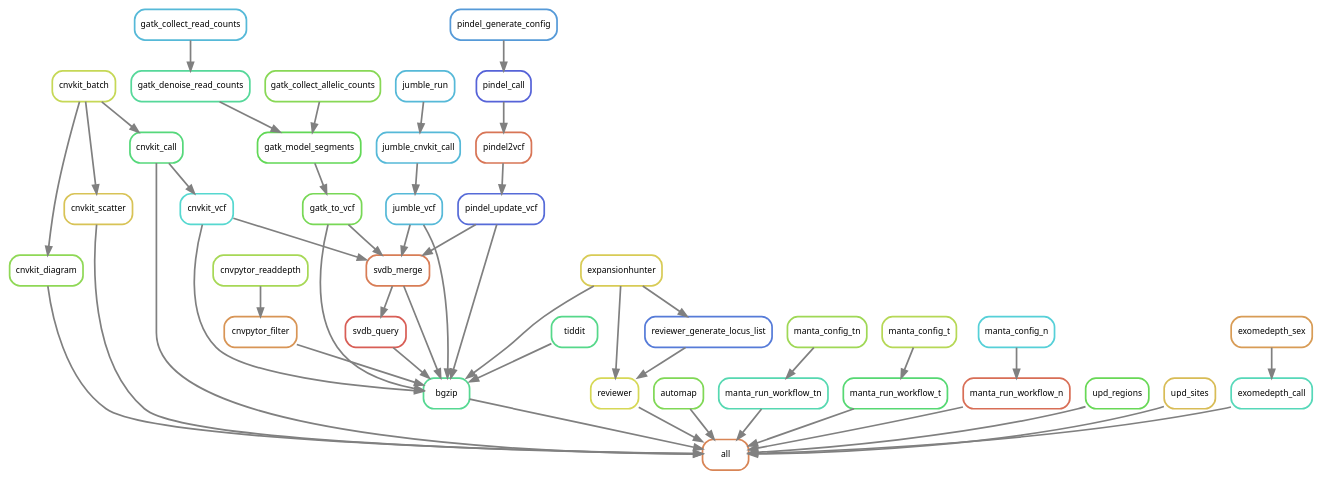
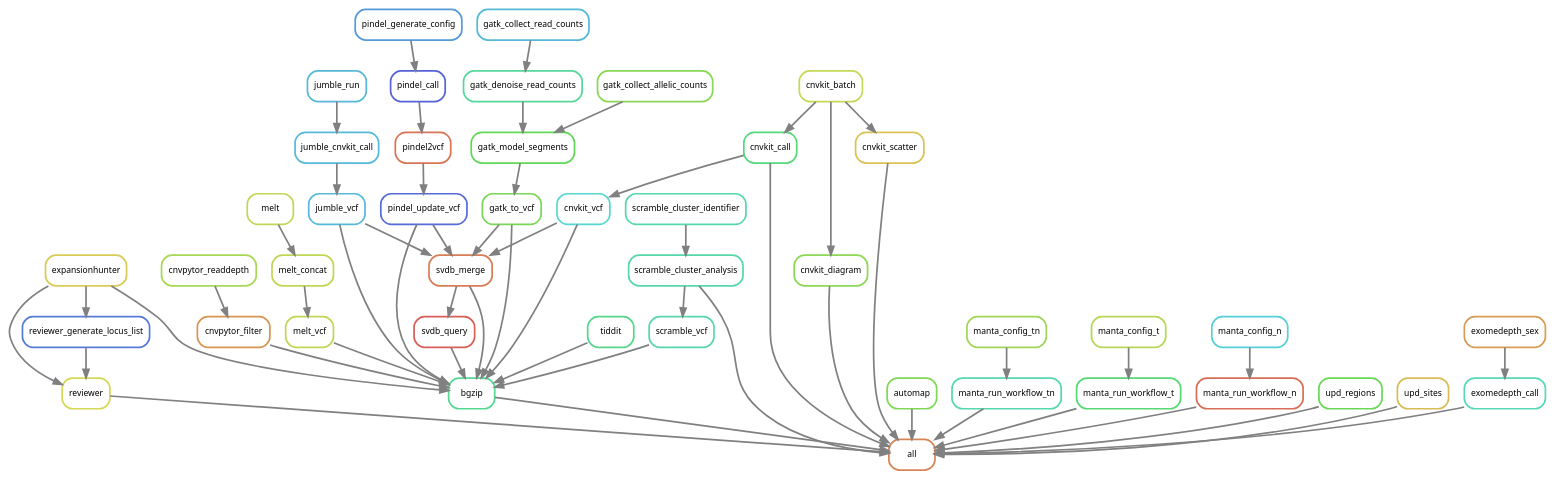
One commit to hydra-genetics/cnv_sv changed the diagram in docs/images/cnv_sv.dot. Above: the diagram before and after it, drawn with Graphviz. The commit also changed 12 other files, not shown here.

Commit message:
feat: add  melt vcf post-processing

```diff
--- a/docs/images/cnv_sv.dot
+++ b/docs/images/cnv_sv.dot
@@ -1,90 +1,103 @@
 digraph snakemake_dag {
     graph[bgcolor=white, margin=0];
     node[shape=box, style=rounded, fontname=sans,                 fontsize=10, penwidth=2];
     edge[penwidth=2, color=grey];
 	0[label = "all", color = "0.06 0.6 0.85", style="rounded"];
 	1[label = "cnvkit_call", color = "0.38 0.6 0.85", style="rounded"];
 	2[label = "cnvkit_batch", color = "0.19 0.6 0.85", style="rounded"];
 	3[label = "cnvkit_diagram", color = "0.26 0.6 0.85", style="rounded"];
 	4[label = "cnvkit_scatter", color = "0.14 0.6 0.85", style="rounded"];
 	5[label = "bgzip", color = "0.41 0.6 0.85", style="rounded"];
 	6[label = "cnvkit_vcf", color = "0.49 0.6 0.85", style="rounded"];
 	7[label = "cnvpytor_filter", color = "0.08 0.6 0.85", style="rounded"];
 	8[label = "cnvpytor_readdepth", color = "0.23 0.6 0.85", style="rounded"];
 	9[label = "expansionhunter", color = "0.15 0.6 0.85", style="rounded"];
 	10[label = "gatk_to_vcf", color = "0.29 0.6 0.85", style="rounded"];
 	11[label = "gatk_model_segments", color = "0.32 0.6 0.85", style="rounded"];
 	12[label = "gatk_collect_allelic_counts", color = "0.27 0.6 0.85", style="rounded"];
 	13[label = "gatk_denoise_read_counts", color = "0.42 0.6 0.85", style="rounded"];
 	14[label = "gatk_collect_read_counts", color = "0.54 0.6 0.85", style="rounded"];
     35[label = "jumble_run", color = "0.54 0.6 0.85", style="rounded"];
     36[label = "jumble_cnvkit_call", color = "0.54 0.6 0.85", style="rounded"];
     37[label = "jumble_vcf", color = "0.54 0.6 0.85", style="rounded"];
 	15[label = "svdb_merge", color = "0.05 0.6 0.85", style="rounded"];
 	16[label = "pindel_update_vcf", color = "0.64 0.6 0.85", style="rounded"];
 	17[label = "pindel2vcf", color = "0.04 0.6 0.85", style="rounded"];
 	18[label = "pindel_call", color = "0.65 0.6 0.85", style="rounded"];
 	19[label = "pindel_generate_config", color = "0.58 0.6 0.85", style="rounded"];
 	20[label = "svdb_query", color = "0.01 0.6 0.85", style="rounded"];
 	21[label = "exomedepth_sex", color = "0.09 0.6 0.85", style="rounded"];
 	22[label = "tiddit", color = "0.40 0.6 0.85", style="rounded"];
 	23[label = "reviewer", color = "0.17 0.6 0.85", style="rounded"];
 	24[label = "reviewer_generate_locus_list", color = "0.62 0.6 0.85", style="rounded"];
 	25[label = "automap", color = "0.28 0.6 0.85", style="rounded"];
 	26[label = "manta_run_workflow_tn", color = "0.45 0.6 0.85", style="rounded"];
 	27[label = "manta_config_tn", color = "0.24 0.6 0.85", style="rounded"];
 	28[label = "manta_run_workflow_t", color = "0.37 0.6 0.85", style="rounded"];
 	29[label = "manta_config_t", color = "0.21 0.6 0.85", style="rounded"];
 	30[label = "manta_run_workflow_n", color = "0.03 0.6 0.85", style="rounded"];
 	31[label = "manta_config_n", color = "0.51 0.6 0.85", style="rounded"];
 	32[label = "upd_regions", color = "0.31 0.6 0.85", style="rounded"];
 	33[label = "upd_sites", color = "0.13 0.6 0.85", style="rounded"];
 	34[label = "exomedepth_call", color = "0.46 0.6 0.85", style="rounded"];
+	38[label = "melt", color = "0.20 0.6 0.85", style="rounded"];
+	39[label = "melt_concat", color = "0.20 0.6 0.85", style="rounded"];
+	40[label = "melt_vcf", color = "0.20 0.6 0.85", style="rounded"];
+	41[label = "scramble_cluster_identifier", color = "0.44 0.6 0.85", style="rounded"];
+	42[label = "scramble_cluster_analysis", color = "0.44 0.6 0.85", style="rounded"];
+	43[label = "scramble_vcf", color = "0.44 0.6 0.85", style="rounded"];
     35 -> 36
     36 -> 37
     37 -> 15
     37 -> 5
 	30 -> 0
 	28 -> 0
 	1 -> 0
 	5 -> 0
 	3 -> 0
 	26 -> 0
 	25 -> 0
 	32 -> 0
 	34 -> 0
 	33 -> 0
 	4 -> 0
 	23 -> 0
+	42 -> 0
 	2 -> 1
 	2 -> 3
 	2 -> 4
 	20 -> 5
 	22 -> 5
 	15 -> 5
 	10 -> 5
 	7 -> 5
 	6 -> 5
 	16 -> 5
 	9 -> 5
 	1 -> 6
 	8 -> 7
 	11 -> 10
 	13 -> 11
 	12 -> 11
 	14 -> 13
 	6 -> 15
 	16 -> 15
 	10 -> 15
 	17 -> 16
 	18 -> 17
 	19 -> 18
 	15 -> 20
 	9 -> 23
 	24 -> 23
 	9 -> 24
 	27 -> 26
 	29 -> 28
 	31 -> 30
 	21 -> 34
-}            
+	38 -> 39
+	39 -> 40
+	40 -> 5
+	41 -> 42
+	42 -> 43
+	43 -> 5
+}
```
